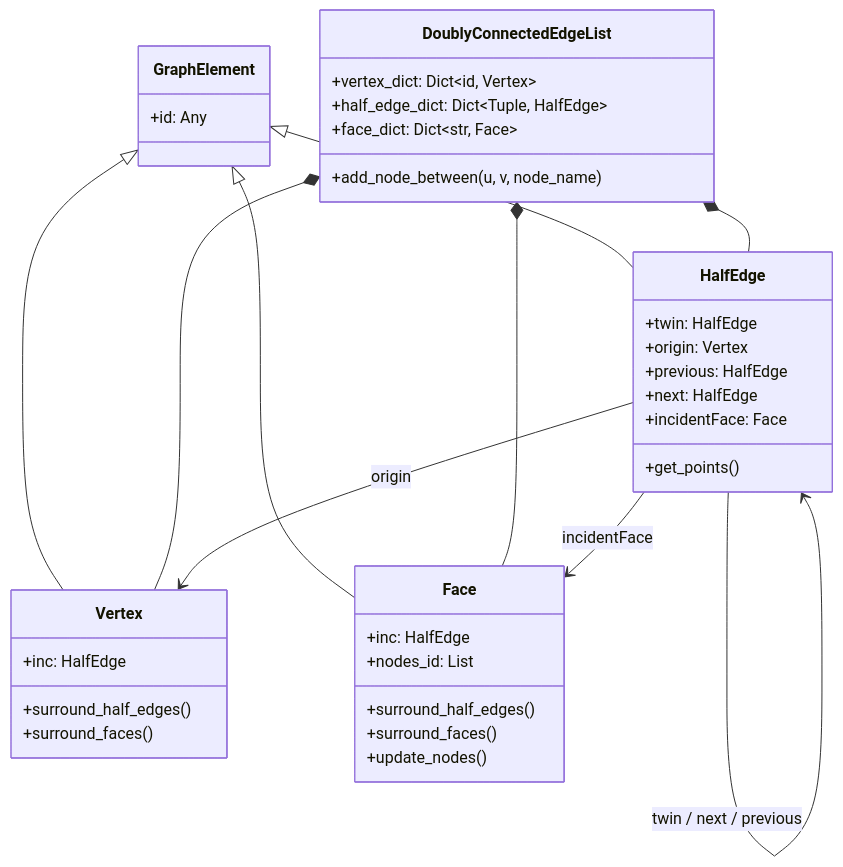
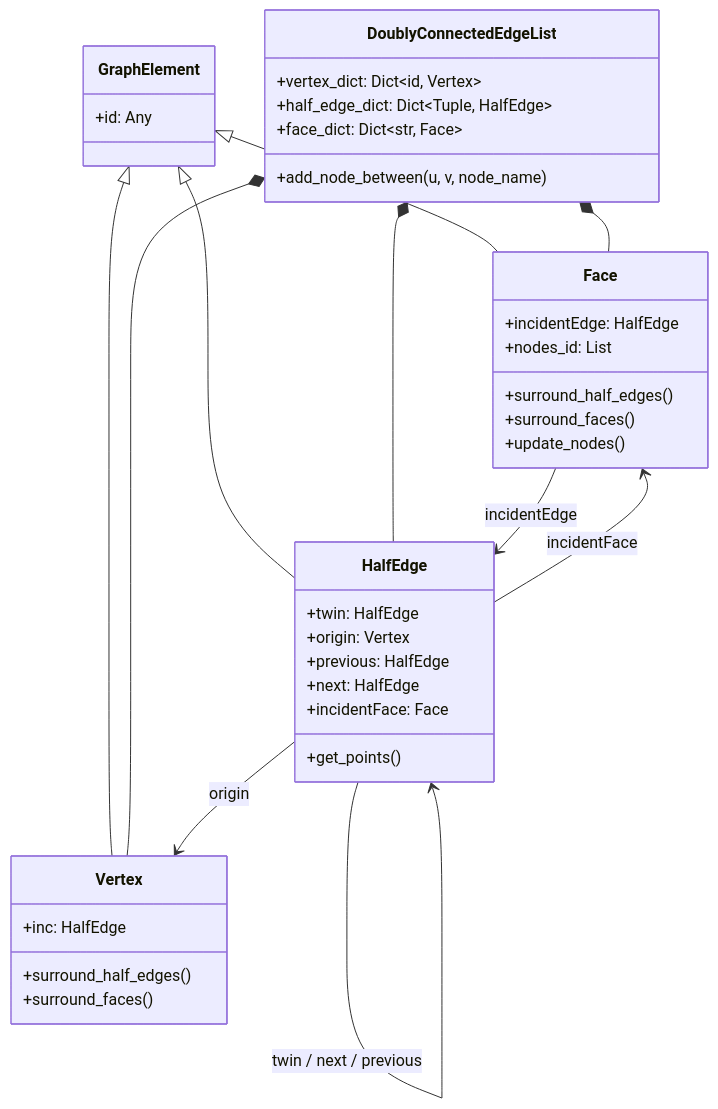
Before and after one commit to hasii2011/orthogonal: the third of 5 diagrams in developer/ArchitectureDescription.md, drawn with Mermaid. The commit also changed other lines of this file and 3 other files, not shown here.

First line of the commit message:
<Refactor>[DCEL]: <Encapsulate Face incidentEdge property, add type annotations, and add tests>

````diff
--- a/developer/ArchitectureDescription.md
+++ b/developer/ArchitectureDescription.md
@@ -70,42 +70,43 @@
 ```mermaid
 classDiagram
     class GraphElement {
         +id: Any
     }
     class Vertex {
         +inc: HalfEdge
         +surround_half_edges()
         +surround_faces()
     }
     class Face {
-        +inc: HalfEdge
+        +incidentEdge: HalfEdge
         +nodes_id: List
         +surround_half_edges()
         +surround_faces()
         +update_nodes()
     }
     class HalfEdge {
         +twin: HalfEdge
         +origin: Vertex
         +previous: HalfEdge
         +next: HalfEdge
         +incidentFace: Face
         +get_points()
     }
     class DoublyConnectedEdgeList {
         +vertex_dict: Dict~id, Vertex~
         +half_edge_dict: Dict~Tuple, HalfEdge~
         +face_dict: Dict~str, Face~
         +add_node_between(u, v, node_name)
     }
 
     GraphElement <|-- Vertex
     GraphElement <|-- Face
     GraphElement <|-- HalfEdge
     DoublyConnectedEdgeList *-- Vertex
     DoublyConnectedEdgeList *-- Face
     DoublyConnectedEdgeList *-- HalfEdge
     HalfEdge --> HalfEdge : twin / next / previous
     HalfEdge --> Vertex : origin
     HalfEdge --> Face : incidentFace
+    Face --> HalfEdge : incidentEdge
 ```
````
